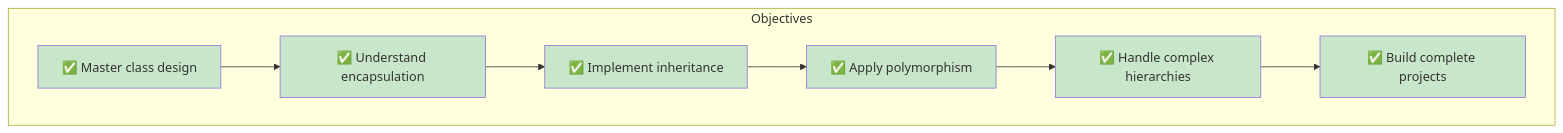
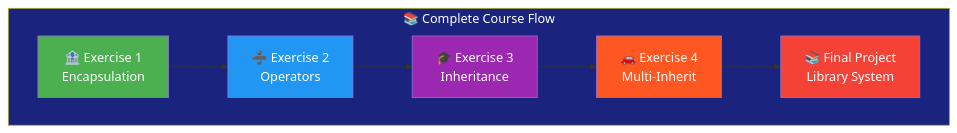
One commit to Lagmouchyoussef/Python-Practical-Works changed the first of 11 diagrams in README.md. Above: the diagram before and after it, drawn with Mermaid. The commit also changed other lines of this file, not shown here.

````diff
--- a/README.md
+++ b/README.md
@@ -95,17 +89,17 @@
 ```mermaid
-flowchart TD
-    subgraph Objectives
-    O1[✅ Master class design] --> O2[✅ Understand encapsulation]
-    O2 --> O3[✅ Implement inheritance]
-    O3 --> O4[✅ Apply polymorphism]
-    O4 --> O5[✅ Handle complex hierarchies]
-    O5 --> O6[✅ Build complete projects]
+flowchart TB
+    subgraph Course[📚 Complete Course Flow]
+        direction LR
+        E1[🏦 Exercise 1<br/>Encapsulation] --> E2[➗ Exercise 2<br/>Operators]
+        E2 --> E3[🎓 Exercise 3<br/>Inheritance]
+        E3 --> E4[🚗 Exercise 4<br/>Multi-Inherit]
+        E4 --> EP[📚 Final Project<br/>Library System]
     end
     
-    style O1 fill:#c8e6c9
-    style O2 fill:#c8e6c9
-    style O3 fill:#c8e6c9
-    style O4 fill:#c8e6c9
-    style O5 fill:#c8e6c9
-    style O6 fill:#c8e6c9
+    style Course fill:#1a237e,color:#fff
+    style E1 fill:#4caf50,color:#fff
+    style E2 fill:#2196f3,color:#fff
+    style E3 fill:#9c27b0,color:#fff
+    style E4 fill:#ff5722,color:#fff
+    style EP fill:#f44336,color:#fff
 ```
````
